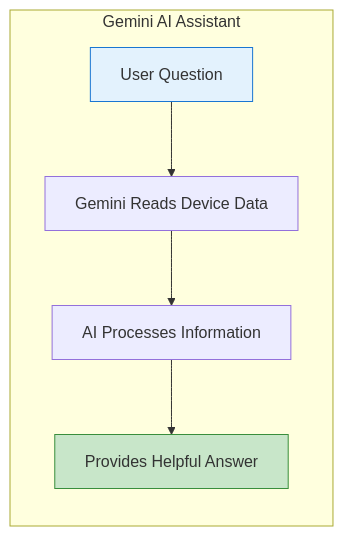
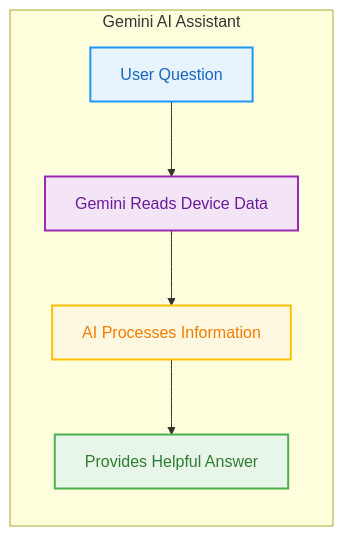
The first of 4 diagrams in jk_slide.md (yxl74/AI_PITCH), drawn with Mermaid before and after one commit. The commit also changed other lines of this file, not shown here.

````diff
--- a/jk_slide.md
+++ b/jk_slide.md
@@ -17,11 +17,13 @@
 ```mermaid
 graph LR
     subgraph "Gemini AI Assistant"
         A[User Question] --> B[Gemini Reads Device Data]
         B --> C[AI Processes Information]
         C --> D[Provides Helpful Answer]
     end
     
-    style A fill:#e3f2fd,stroke:#1976d2
-    style D fill:#c8e6c9,stroke:#388e3c
+    style A fill:#E8F4FD,stroke:#2196F3,stroke-width:2px,color:#1565C0
+    style B fill:#F3E5F5,stroke:#9C27B0,stroke-width:2px,color:#6A1B9A
+    style C fill:#FFF8E1,stroke:#FFC107,stroke-width:2px,color:#F57C00
+    style D fill:#E8F5E9,stroke:#4CAF50,stroke-width:2px,color:#2E7D32
 ```
````
